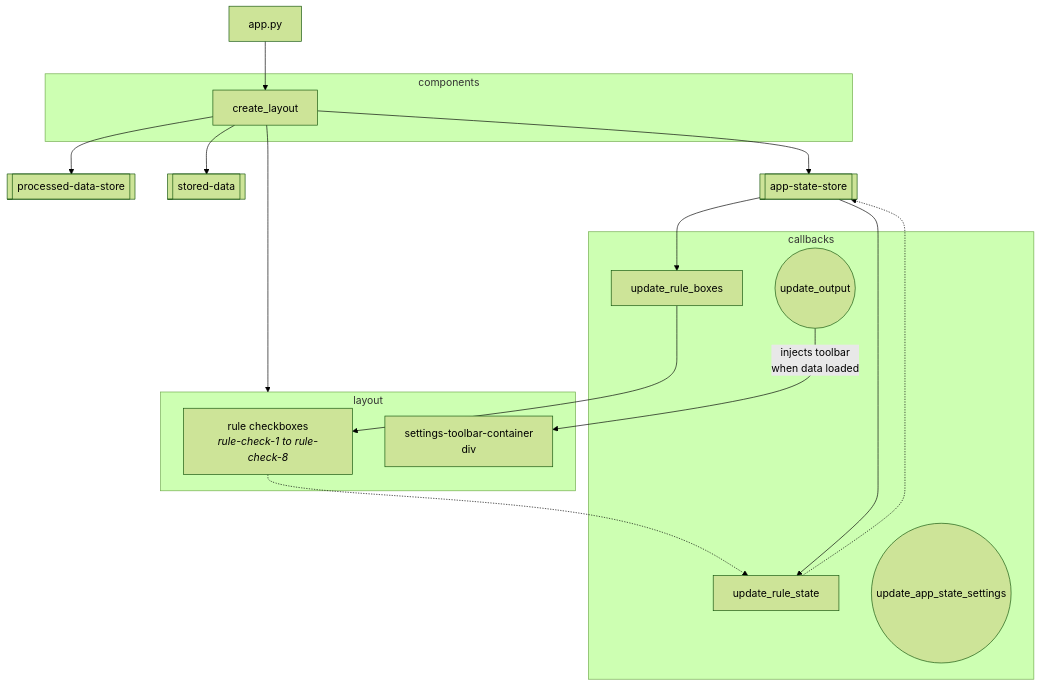
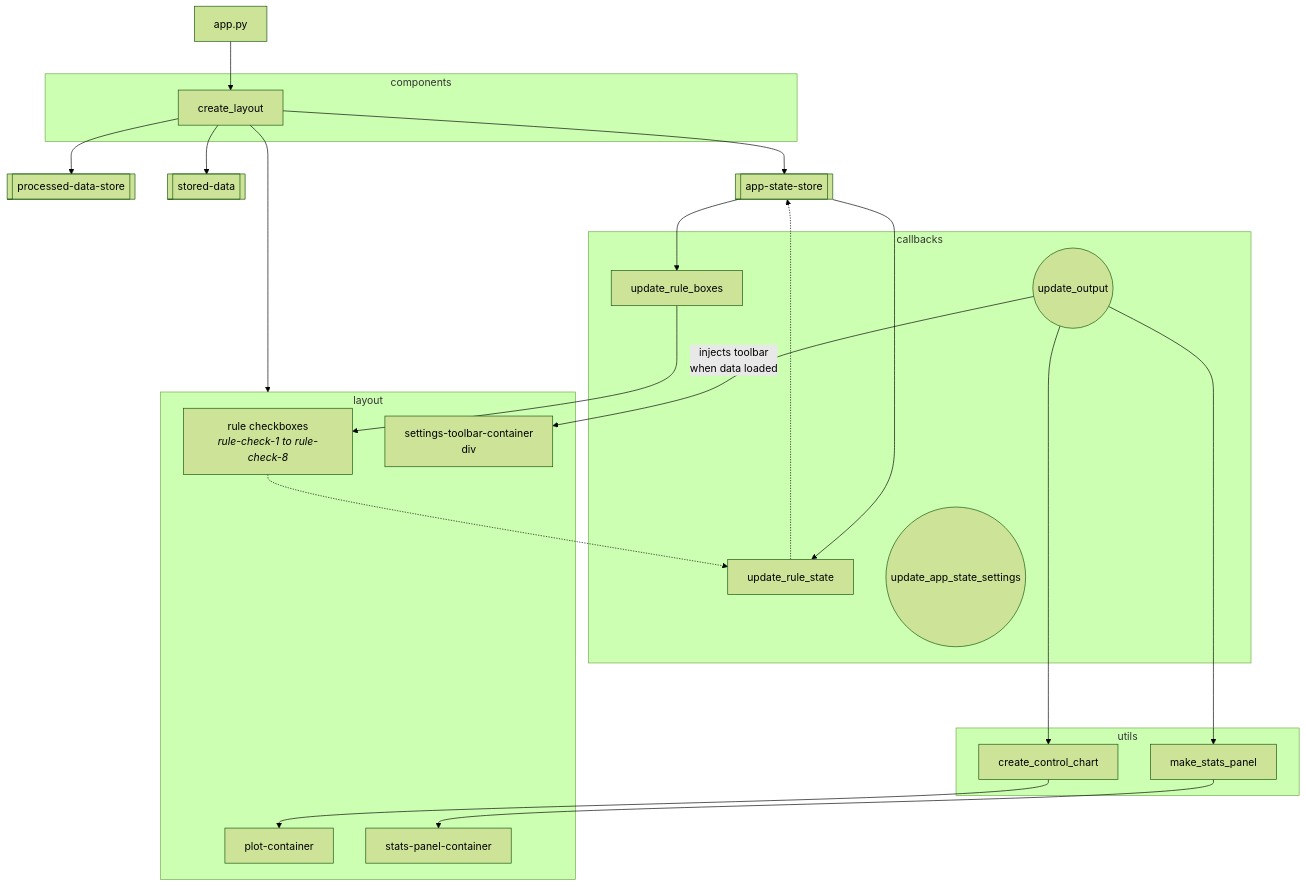
Before and after one commit to franciscoyira/lss_controlchart_web: the diagram in README.md, drawn with Mermaid (forest theme). The commit also changed 2 other files, not shown here.

Commit message:
visualize USL and LSL on the plot Fixes #24

````diff
--- a/README.md
+++ b/README.md
@@ -31,31 +31,43 @@
 ```mermaid
 flowchart TD
     cr_layout --> store2[[processed-data-store]]
     cr_layout --> store1[[stored-data]]
     cr_layout --> layout
     cr_layout --> store3[[app-state-store]]
     app[app.py] --> cr_layout[create_layout]
     cb1 -.-> store3
     cb2 -->ruleboxes[rule checkboxes<br><i>rule-check-1 to rule-check-8</i>]
+    tb_cb -----> ccc & msp
+    ccc --> plot-container
+    msp --> stats-panel-container
 
     ruleboxes-.->cb1
     store3 --> cb2[update_rule_boxes]
     store3 --> cb1[update_rule_state]
     tb_cb((update_output)) --"injects toolbar<br>when data loaded"--> toolbar
-
+    
     subgraph components
         cr_layout
+    end
+
+
+    subgraph layout
+      ruleboxes
+      toolbar[settings-toolbar-container<br>div]
+      stats-panel-container
+      plot-container
+    end
+
+    subgraph utils
+      ccc[create_control_chart]
+      msp[make_stats_panel]
     end
 
     subgraph callbacks
         cb2
         cb1
         tb_cb
         upd_sett((update_app_state_settings))
     end
 
-    subgraph layout
-      ruleboxes
-      toolbar[settings-toolbar-container<br>div]
-    end
 ```
````
